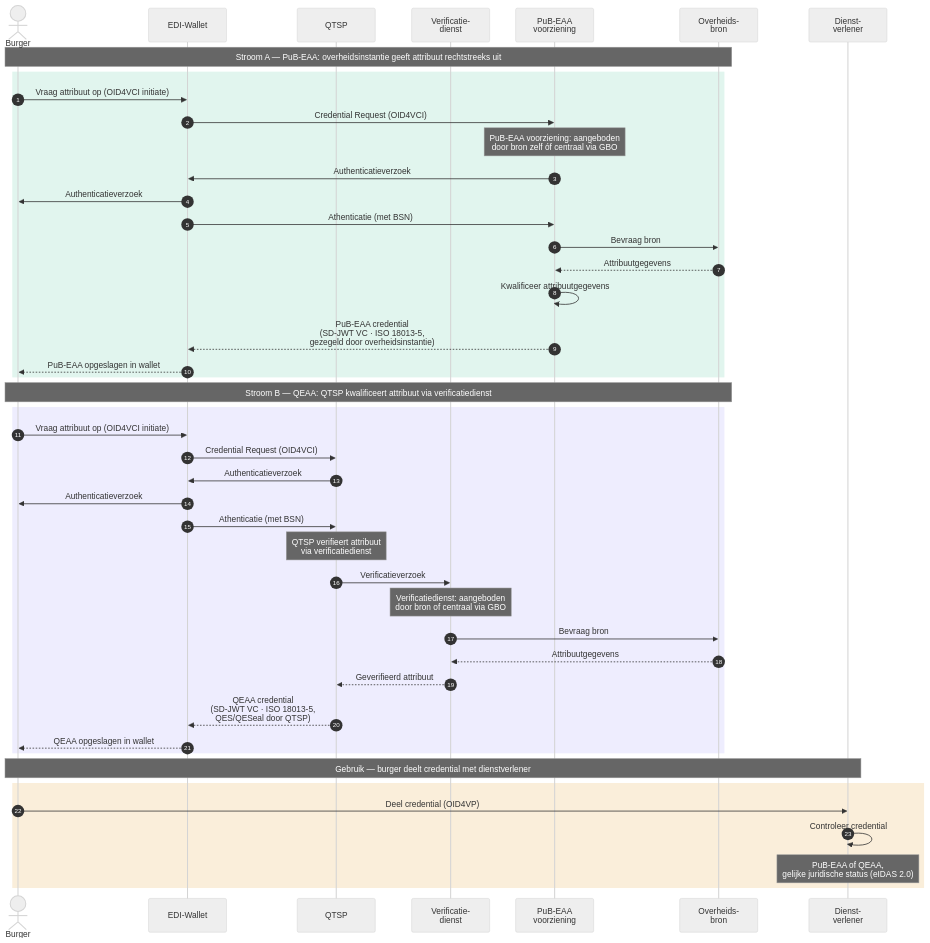
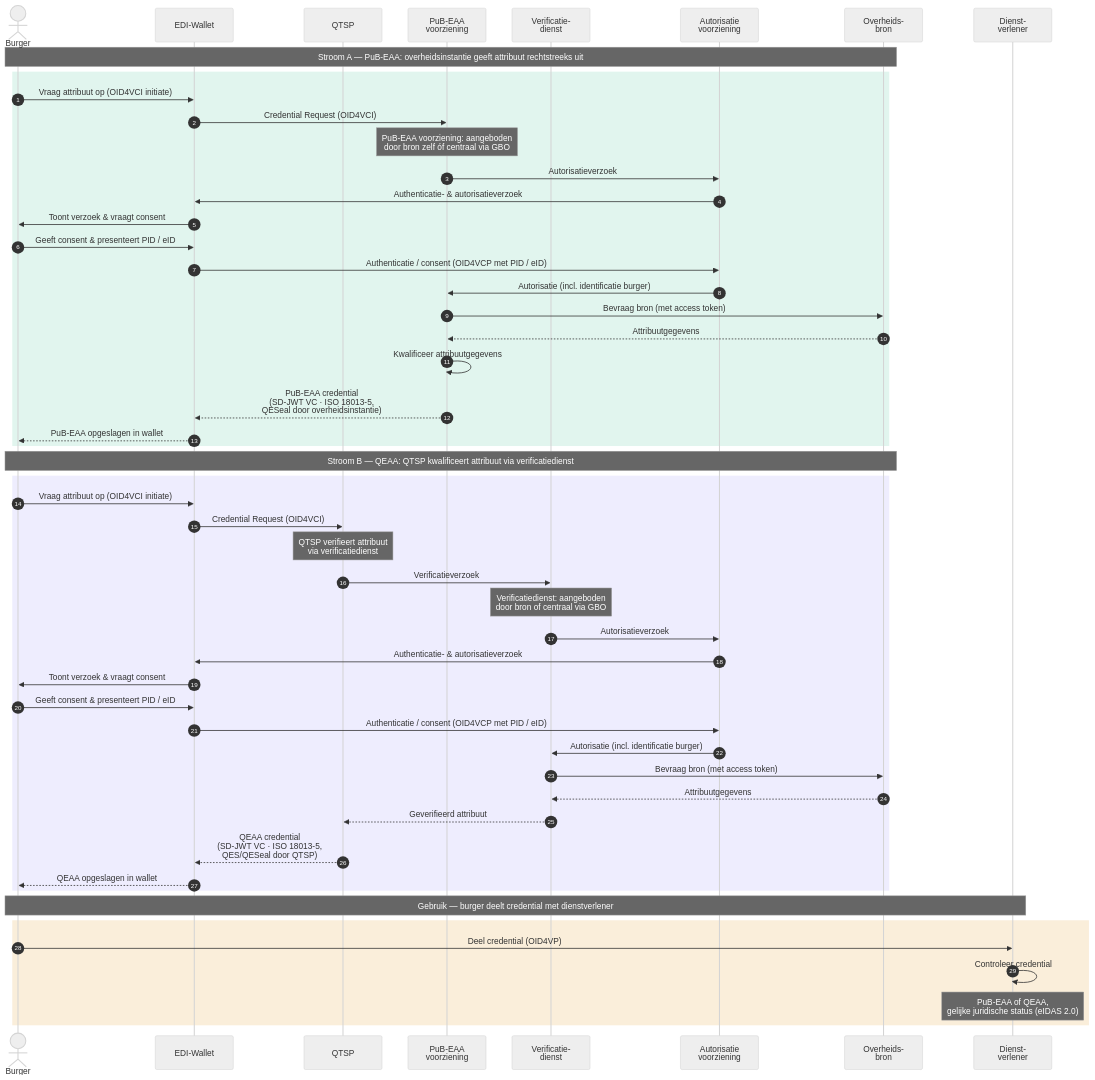
One commit to ICTU/GBO changed the diagram in main/diagrammen/interactiepatroon-EDI-Wallet.mmd. Above: the diagram before and after it, drawn with Mermaid (neutral theme). The commit also changed other lines of this file and 57 other files, not shown here.

````diff
--- a/main/diagrammen/interactiepatroon-EDI-Wallet.mmd
+++ b/main/diagrammen/interactiepatroon-EDI-Wallet.mmd
@@ -3,55 +1,62 @@
 ``` mermaid
 
 sequenceDiagram
     autonumber
     actor Burger
     participant Wallet as EDI-Wallet
     participant QTSP as QTSP
+    participant PubEAA as PuB-EAA<br/>voorziening
     participant VerifDienst as Verificatie-<br/>dienst
-    participant PubEAA as PuB-EAA<br/>voorziening
+    participant Auth as Autorisatie<br/>voorziening
     participant Bron as Overheids-<br/>bron
     participant DV as Dienst-<br/>verlener
 
     Note over Burger,Bron: Stroom A — PuB-EAA: overheidsinstantie geeft attribuut rechtstreeks uit
 
     rect rgb(225, 245, 238)
         Burger->>Wallet: Vraag attribuut op (OID4VCI initiate)
         Wallet->>PubEAA: Credential Request (OID4VCI)
         Note over PubEAA: PuB-EAA voorziening: aangeboden<br/>door bron zelf óf centraal via GBO
-        PubEAA->>Wallet: Authenticatieverzoek
-        Wallet->>Burger: Authenticatieverzoek
-        Wallet->>PubEAA: Athenticatie (met BSN)
-        PubEAA->>Bron: Bevraag bron
+        PubEAA->>Auth: Autorisatieverzoek
+        Auth->>Wallet: Authenticatie- & autorisatieverzoek
+        Wallet->>Burger: Toont verzoek & vraagt consent
+        Burger->>Wallet: Geeft consent & presenteert PID / eID
+        Wallet->>Auth: Authenticatie / consent (OID4VCP met PID / eID)
+        Auth->>PubEAA: Autorisatie (incl. identificatie burger)
+        PubEAA->>Bron: Bevraag bron (met access token)
         Bron-->>PubEAA: Attribuutgegevens
         PubEAA->>PubEAA: Kwalificeer attribuutgegevens
-        PubEAA-->>Wallet: PuB-EAA credential<br/>(SD-JWT VC · ISO 18013-5,<br/>gezegeld door overheidsinstantie)
+        PubEAA-->>Wallet: PuB-EAA credential<br/>(SD-JWT VC · ISO 18013-5,<br/>QESeal door overheidsinstantie)
         Wallet-->>Burger: PuB-EAA opgeslagen in wallet
     end
 
     Note over Burger,Bron: Stroom B — QEAA: QTSP kwalificeert attribuut via verificatiedienst
 
     rect rgb(238, 237, 254)
         Burger->>Wallet: Vraag attribuut op (OID4VCI initiate)
         Wallet->>QTSP: Credential Request (OID4VCI)
-        QTSP->>Wallet: Authenticatieverzoek
-        Wallet->>Burger: Authenticatieverzoek
-        Wallet->>QTSP: Athenticatie (met BSN)
         Note over QTSP: QTSP verifieert attribuut<br/>via verificatiedienst
         QTSP->>VerifDienst: Verificatieverzoek
         Note over VerifDienst: Verificatiedienst: aangeboden<br/>door bron of centraal via GBO
-        VerifDienst->>Bron: Bevraag bron
+        VerifDienst->>Auth: Autorisatieverzoek
+        Auth->>Wallet: Authenticatie- & autorisatieverzoek
+        Wallet->>Burger: Toont verzoek & vraagt consent
+        Burger->>Wallet: Geeft consent & presenteert PID / eID
+        Wallet->>Auth: Authenticatie / consent (OID4VCP met PID / eID)
+        Auth->>VerifDienst: Autorisatie (incl. identificatie burger)
+        VerifDienst->>Bron: Bevraag bron (met access token)
         Bron-->>VerifDienst: Attribuutgegevens
         VerifDienst-->>QTSP: Geverifieerd attribuut
         QTSP-->>Wallet: QEAA credential<br/>(SD-JWT VC · ISO 18013-5,<br/>QES/QESeal door QTSP)
         Wallet-->>Burger: QEAA opgeslagen in wallet
     end
 
     Note over Burger,DV: Gebruik — burger deelt credential met dienstverlener
 
     rect rgb(250, 238, 218)
         Burger->>DV: Deel credential (OID4VP)
         DV->>DV: Controleer credential
         Note over DV: PuB-EAA of QEAA,<br/>gelijke juridische status (eIDAS 2.0)
     end
 
 ```
````
